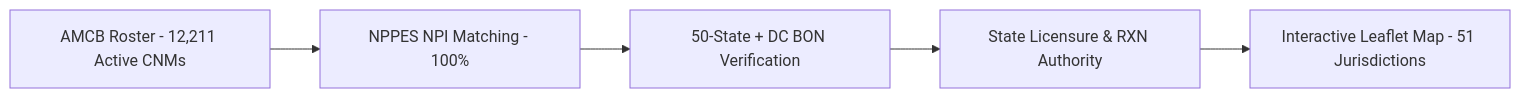
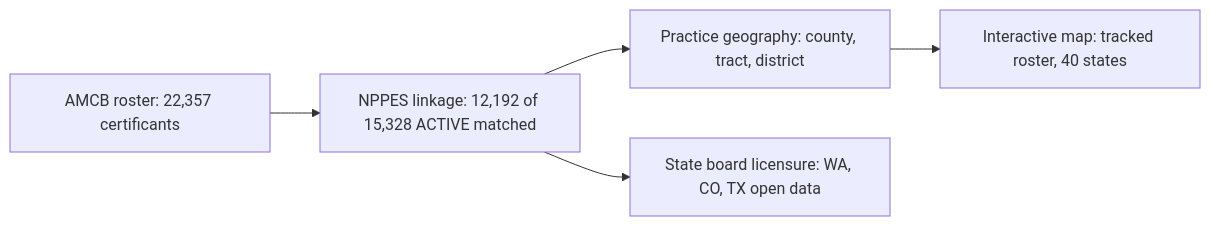
The first of 5 diagrams in README.md (mufflyt/midwifery), drawn with Mermaid before and after one commit. The commit also changed other lines of this file and 7 other files, not shown here.

````diff
--- a/README.md
+++ b/README.md
@@ -17,7 +24,7 @@
 ```mermaid
 flowchart LR
-  A["AMCB Roster - 12,211 Active CNMs"] --> B["NPPES NPI Matching - 100%"]
-  B --> C["50-State + DC BON Verification"]
-  C --> D["State Licensure & RXN Authority"]
-  D --> F["Interactive Leaflet Map - 51 Jurisdictions"]
+  A["AMCB roster: 22,357 certificants"] --> B["NPPES linkage: 12,192 of 15,328 ACTIVE matched"]
+  B --> C["Practice geography: county, tract, district"]
+  B --> D["State board licensure: WA, CO, TX open data"]
+  C --> F["Interactive map: tracked roster, 40 states"]
 ```
````
